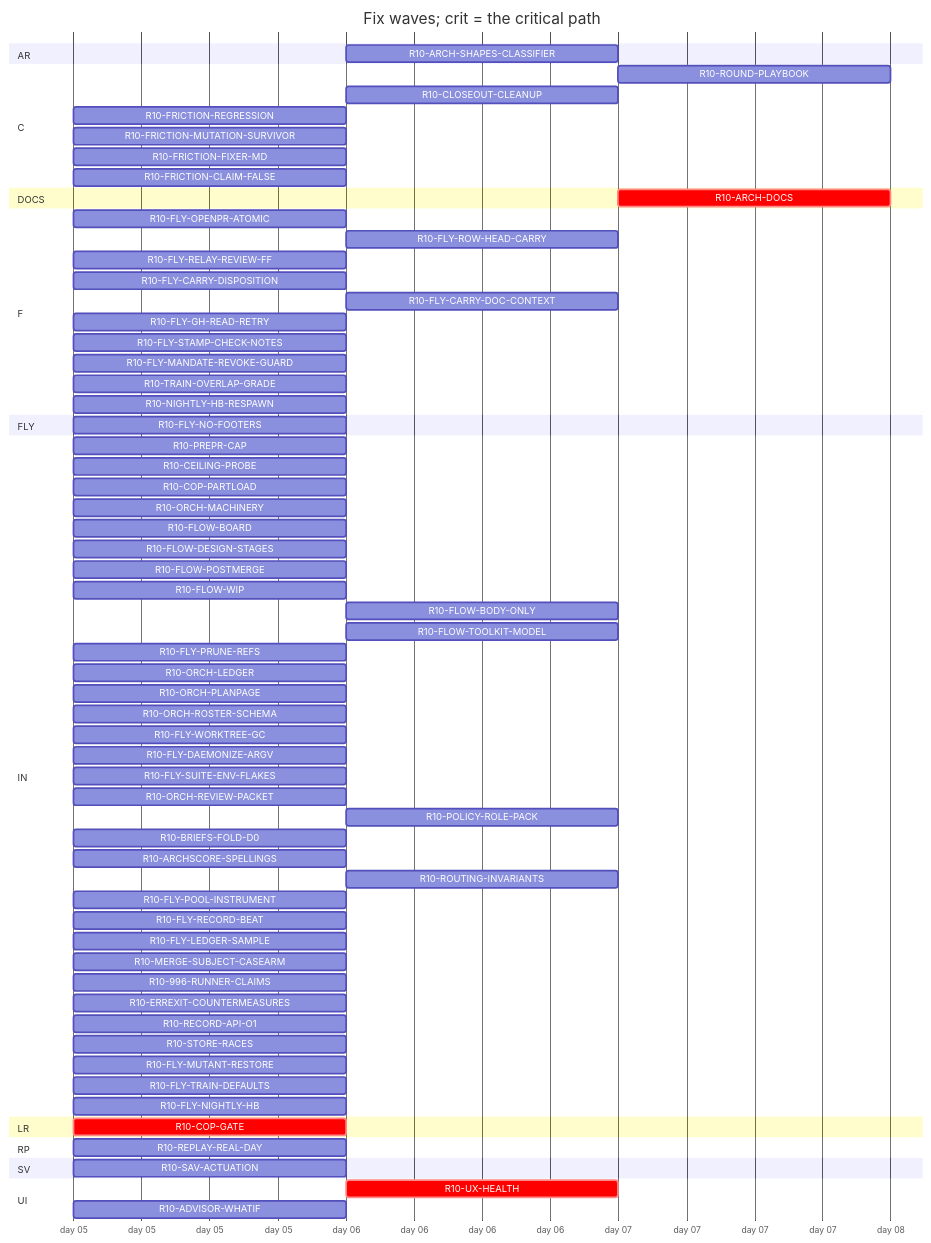
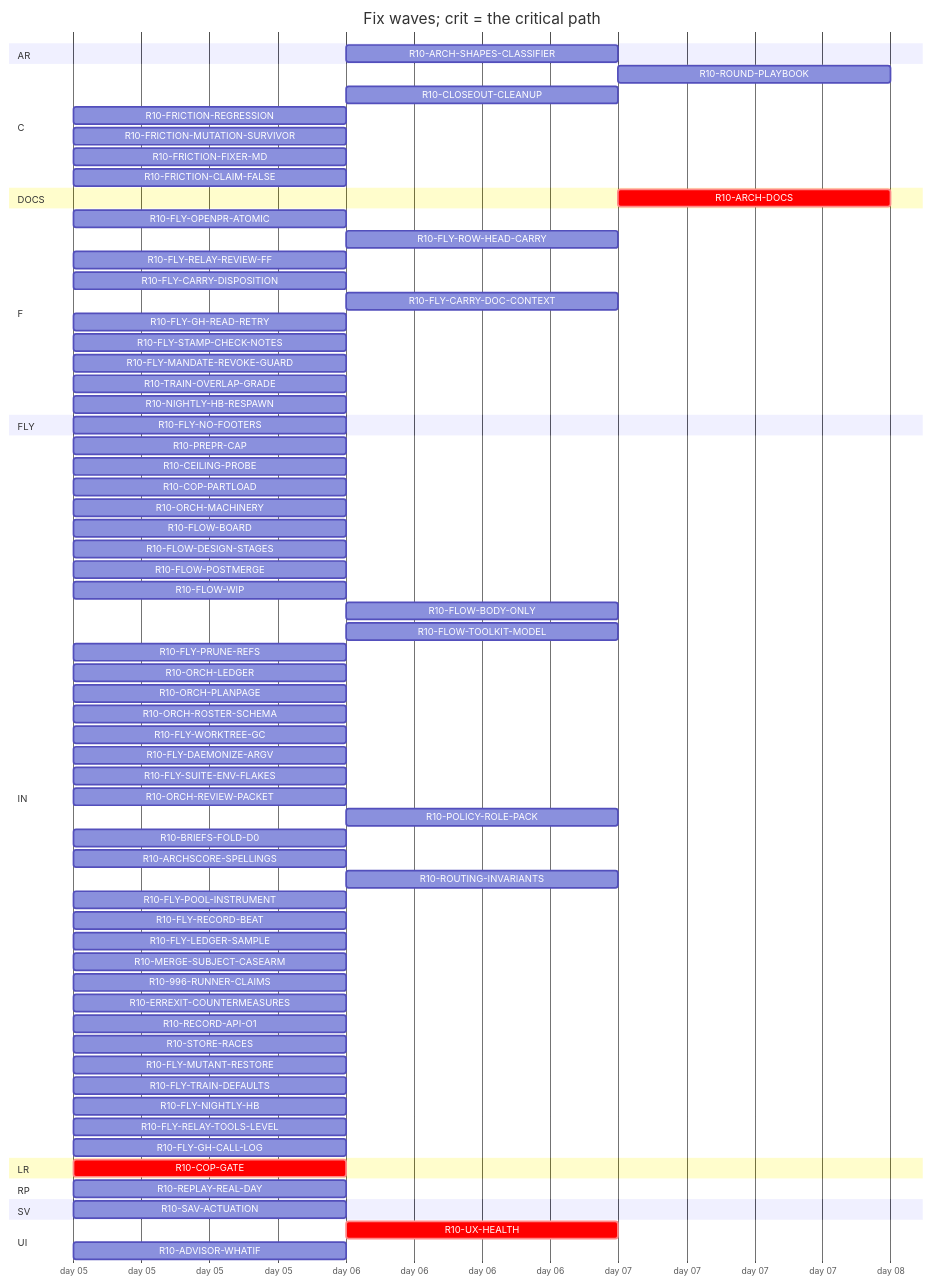
One commit to tvofi/heatpump_optimizer changed the diagram in handoff/round10/state/PLAN-TABLE.md. Above: the diagram before and after it, drawn with Mermaid. The commit also changed other lines of this file and 3 other files, not shown here.

Commit message:
state: FLOW-BOARD.md, NEXT-SESSION-PROMPT.md, PLAN-TABLE.md, RESUME-CURRENT.md regenerated (state_docs.py)

````diff
--- a/handoff/round10/state/PLAN-TABLE.md
+++ b/handoff/round10/state/PLAN-TABLE.md
@@ -23,73 +23,75 @@
 ```mermaid
 gantt
   title Fix waves; crit = the critical path
   dateFormat YYYY-MM-DD
   axisFormat day %d
   section AR
     R10-ARCH-SHAPES-CLASSIFIER :r10ARCHSHAPESCLASSIFIER, after r10996RUNNERCLAIMS, 1d
   section C
     R10-ROUND-PLAYBOOK :r10ROUNDPLAYBOOK, after r10ORCHLEDGER r10ORCHPLANPAGE r10FLYRELAYREVIEWFF r10FLOWBODYONLY, 1d
     R10-CLOSEOUT-CLEANUP :r10CLOSEOUTCLEANUP, after r10FLYPRUNEREFS r10FLYWORKTREEGC, 1d
     R10-FRICTION-REGRESSION :r10FRICTIONREGRESSION, 2026-01-05, 1d
     R10-FRICTION-MUTATION-SURVIVOR :r10FRICTIONMUTATIONSURVIVOR, 2026-01-05, 1d
     R10-FRICTION-FIXER-MD :r10FRICTIONFIXERMD, 2026-01-05, 1d
     R10-FRICTION-CLAIM-FALSE :r10FRICTIONCLAIMFALSE, 2026-01-05, 1d
   section DOCS
     R10-ARCH-DOCS :crit, r10ARCHDOCS, after r10COPGATE r10UXHEALTH r10CEILINGPROBE r10COPPARTLOAD r10FLOWBOARD r10FLOWDESIGNSTAGES r10FLOWPOSTMERGE r10FLOWWIP r10FLOWBODYONLY r10FLYOPENPRATOMIC r10FLYROWHEADCARRY r10FLYRELAYREVIEWFF r10FLYCARRYDISPOSITION r10FLYCARRYDOCCONTEXT r10FLOWTOOLKITMODEL r10FLYSTAMPCHECKNOTES r10FLYMANDATEREVOKEGUARD r10TRAINOVERLAPGRADE r10NIGHTLYHBRESPAWN r10FLYPRUNEREFS r10ORCHLEDGER r10ORCHPLANPAGE r10ORCHROSTERSCHEMA r10FLYWORKTREEGC r10FLYDAEMONIZEARGV r10ORCHREVIEWPACKET r10POLICYROLEPACK r10BRIEFSFOLDD0 r10REPLAYREALDAY r10ARCHSCORESPELLINGS r10SAVACTUATION r10FLYLEDGERSAMPLE, 1d
   section F
     R10-FLY-OPENPR-ATOMIC :r10FLYOPENPRATOMIC, 2026-01-05, 1d
     R10-FLY-ROW-HEAD-CARRY :r10FLYROWHEADCARRY, after r10FLYOPENPRATOMIC, 1d
     R10-FLY-RELAY-REVIEW-FF :r10FLYRELAYREVIEWFF, 2026-01-05, 1d
     R10-FLY-CARRY-DISPOSITION :r10FLYCARRYDISPOSITION, 2026-01-05, 1d
     R10-FLY-CARRY-DOC-CONTEXT :r10FLYCARRYDOCCONTEXT, after r10FLYGHREADRETRY, 1d
     R10-FLY-GH-READ-RETRY :r10FLYGHREADRETRY, 2026-01-05, 1d
     R10-FLY-STAMP-CHECK-NOTES :r10FLYSTAMPCHECKNOTES, 2026-01-05, 1d
     R10-FLY-MANDATE-REVOKE-GUARD :r10FLYMANDATEREVOKEGUARD, 2026-01-05, 1d
     R10-TRAIN-OVERLAP-GRADE :r10TRAINOVERLAPGRADE, 2026-01-05, 1d
     R10-NIGHTLY-HB-RESPAWN :r10NIGHTLYHBRESPAWN, 2026-01-05, 1d
   section FLY
     R10-FLY-NO-FOOTERS :r10FLYNOFOOTERS, 2026-01-05, 1d
   section IN
     R10-PREPR-CAP :r10PREPRCAP, 2026-01-05, 1d
     R10-CEILING-PROBE :r10CEILINGPROBE, 2026-01-05, 1d
     R10-COP-PARTLOAD :r10COPPARTLOAD, 2026-01-05, 1d
     R10-ORCH-MACHINERY :r10ORCHMACHINERY, 2026-01-05, 1d
     R10-FLOW-BOARD :r10FLOWBOARD, 2026-01-05, 1d
     R10-FLOW-DESIGN-STAGES :r10FLOWDESIGNSTAGES, 2026-01-05, 1d
     R10-FLOW-POSTMERGE :r10FLOWPOSTMERGE, 2026-01-05, 1d
     R10-FLOW-WIP :r10FLOWWIP, 2026-01-05, 1d
     R10-FLOW-BODY-ONLY :r10FLOWBODYONLY, after r10FLYOPENPRATOMIC, 1d
     R10-FLOW-TOOLKIT-MODEL :r10FLOWTOOLKITMODEL, after r10ORCHPLANPAGE, 1d
     R10-FLY-PRUNE-REFS :r10FLYPRUNEREFS, 2026-01-05, 1d
     R10-ORCH-LEDGER :r10ORCHLEDGER, 2026-01-05, 1d
     R10-ORCH-PLANPAGE :r10ORCHPLANPAGE, 2026-01-05, 1d
     R10-ORCH-ROSTER-SCHEMA :r10ORCHROSTERSCHEMA, 2026-01-05, 1d
     R10-FLY-WORKTREE-GC :r10FLYWORKTREEGC, 2026-01-05, 1d
     R10-FLY-DAEMONIZE-ARGV :r10FLYDAEMONIZEARGV, 2026-01-05, 1d
     R10-FLY-SUITE-ENV-FLAKES :r10FLYSUITEENVFLAKES, 2026-01-05, 1d
     R10-ORCH-REVIEW-PACKET :r10ORCHREVIEWPACKET, 2026-01-05, 1d
     R10-POLICY-ROLE-PACK :r10POLICYROLEPACK, after r10FLOWDESIGNSTAGES, 1d
     R10-BRIEFS-FOLD-D0 :r10BRIEFSFOLDD0, 2026-01-05, 1d
     R10-ARCHSCORE-SPELLINGS :r10ARCHSCORESPELLINGS, 2026-01-05, 1d
     R10-ROUTING-INVARIANTS :r10ROUTINGINVARIANTS, after r10ORCHROSTERSCHEMA, 1d
     R10-FLY-POOL-INSTRUMENT :r10FLYPOOLINSTRUMENT, 2026-01-05, 1d
     R10-FLY-RECORD-BEAT :r10FLYRECORDBEAT, 2026-01-05, 1d
     R10-FLY-LEDGER-SAMPLE :r10FLYLEDGERSAMPLE, 2026-01-05, 1d
     R10-MERGE-SUBJECT-CASEARM :r10MERGESUBJECTCASEARM, 2026-01-05, 1d
     R10-996-RUNNER-CLAIMS :r10996RUNNERCLAIMS, 2026-01-05, 1d
     R10-ERREXIT-COUNTERMEASURES :r10ERREXITCOUNTERMEASURES, 2026-01-05, 1d
     R10-RECORD-API-O1 :r10RECORDAPIO1, 2026-01-05, 1d
     R10-STORE-RACES :r10STORERACES, 2026-01-05, 1d
     R10-FLY-MUTANT-RESTORE :r10FLYMUTANTRESTORE, 2026-01-05, 1d
     R10-FLY-TRAIN-DEFAULTS :r10FLYTRAINDEFAULTS, 2026-01-05, 1d
     R10-FLY-NIGHTLY-HB :r10FLYNIGHTLYHB, 2026-01-05, 1d
+    R10-FLY-RELAY-TOOLS-LEVEL :r10FLYRELAYTOOLSLEVEL, 2026-01-05, 1d
+    R10-FLY-GH-CALL-LOG :r10FLYGHCALLLOG, 2026-01-05, 1d
   section LR
     R10-COP-GATE :crit, r10COPGATE, 2026-01-05, 1d
   section RP
     R10-REPLAY-REAL-DAY :r10REPLAYREALDAY, 2026-01-05, 1d
   section SV
     R10-SAV-ACTUATION :r10SAVACTUATION, 2026-01-05, 1d
   section UI
     R10-UX-HEALTH :crit, r10UXHEALTH, after r10COPGATE, 1d
     R10-ADVISOR-WHATIF :r10ADVISORWHATIF, 2026-01-05, 1d
 ```
````
